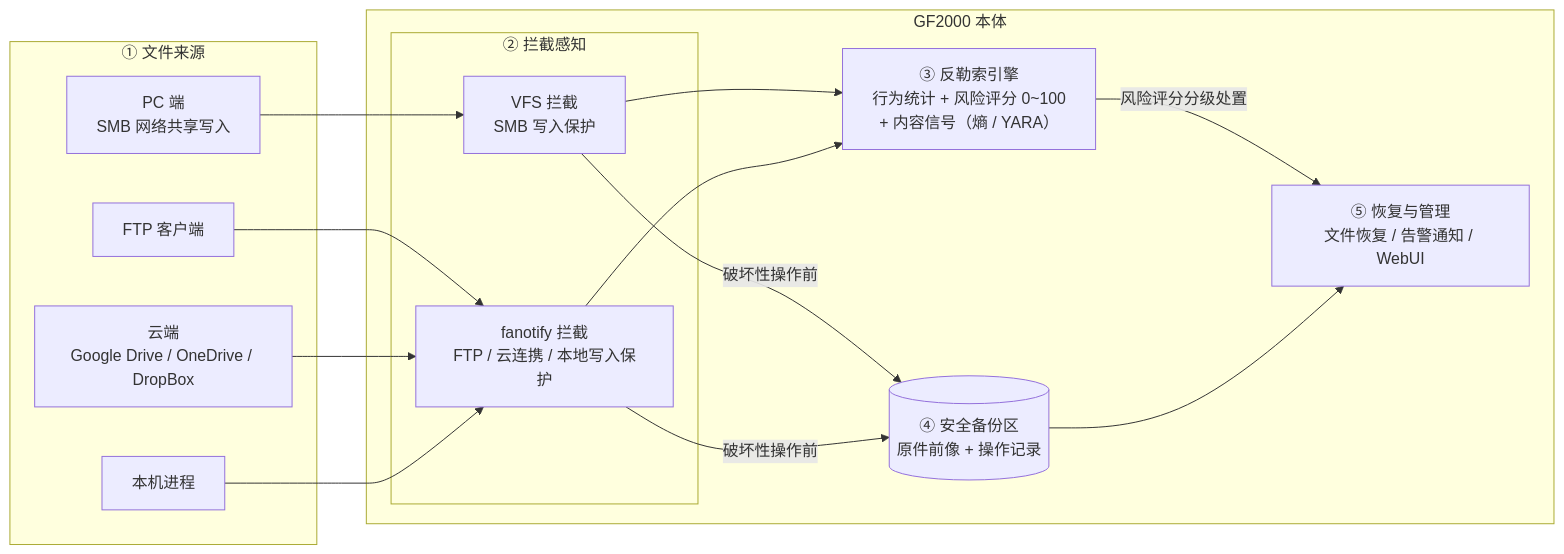
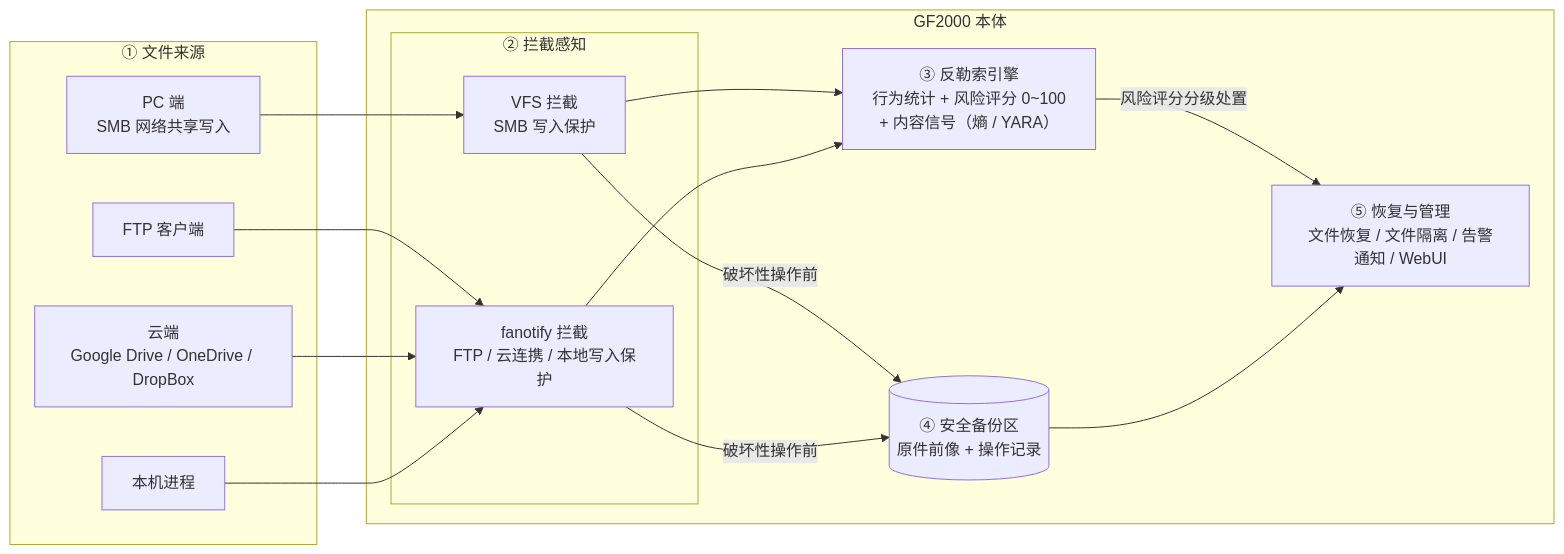
One commit to xd121614/ne_gfrguard changed the first of 12 diagrams in doc/specs/architecture_v2.md. Above: the diagram before and after it, drawn with Mermaid. The commit also changed other lines of this file, not shown here.

````diff
--- a/doc/specs/architecture_v2.md
+++ b/doc/specs/architecture_v2.md
@@ -93,29 +93,29 @@
 ```mermaid
 flowchart LR
 	subgraph SRC["① 文件来源"]
 		PC[PC 端<br/>SMB 网络共享写入]
 		FTP[FTP 客户端]
 		CLOUD[云端<br/>Google Drive / OneDrive / DropBox]
 		LOCAL[本机进程]
 	end
 
 	subgraph GF["GF2000 本体"]
 		subgraph CAP["② 拦截感知"]
 			VFS[VFS 拦截<br/>SMB 写入保护]
 			FAN[fanotify 拦截<br/>FTP / 云连携 / 本地写入保护]
 		end
 		ENG["③ 反勒索引擎<br/>行为统计 + 风险评分 0~100<br/>+ 内容信号（熵 / YARA）"]
 		BAK[("④ 安全备份区<br/>原件前像 + 操作记录")]
-		MGT["⑤ 恢复与管理<br/>文件恢复 / 告警通知 / WebUI"]
+		MGT["⑤ 恢复与管理<br/>文件恢复 / 文件隔离 / 告警通知 / WebUI"]
 	end
 
 	PC --> VFS
 	FTP --> FAN
 	CLOUD --> FAN
 	LOCAL --> FAN
 	VFS --> ENG
 	FAN --> ENG
 	VFS & FAN -->|破坏性操作前| BAK
 	ENG -->|风险评分分级处置| MGT
 	BAK --> MGT
 ```
````
